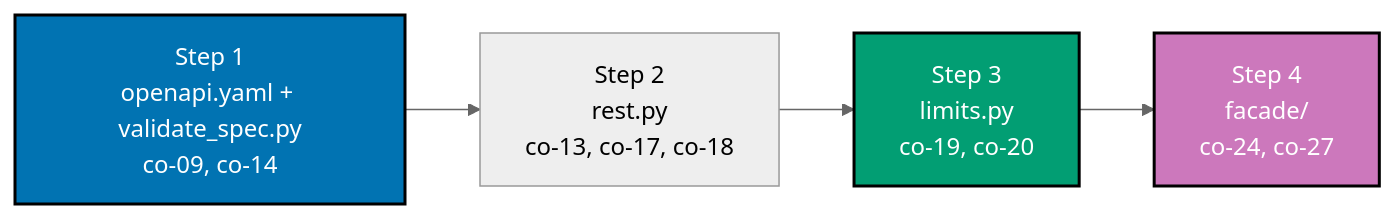
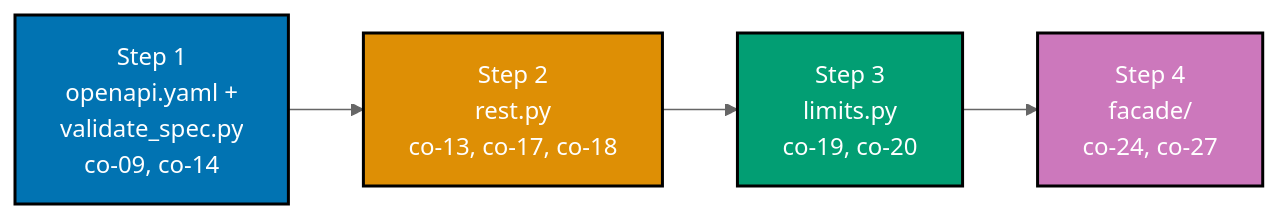
The diagram in apps/ayokoding-www/content/en/learn/courses/api-design/learning/capstone/overview.md (wahidyankf/open-sharia-fintech), drawn with Mermaid (neutral theme) before and after one commit. The commit also changed 6 other files, not shown here.

````diff
--- a/apps/ayokoding-www/content/en/learn/courses/api-design/learning/capstone/overview.md
+++ b/apps/ayokoding-www/content/en/learn/courses/api-design/learning/capstone/overview.md
@@ -26,11 +26,12 @@
 ```mermaid
 %% Color Palette: Blue #0173B2, Orange #DE8F05, Teal #029E73, Purple #CC78BC
 graph LR
-    A["Step 1<br/>openapi.yaml + validate_spec.py<br/>co-09, co-14"]:::blue --> B["Step 2<br/>rest.py<br/>co-13, co-17, co-18"]
+    A["Step 1<br/>openapi.yaml +<br/>validate_spec.py<br/>co-09, co-14"]:::blue --> B["Step 2<br/>rest.py<br/>co-13, co-17, co-18"]:::orange
     B --> C["Step 3<br/>limits.py<br/>co-19, co-20"]:::teal
     C --> D["Step 4<br/>facade/<br/>co-24, co-27"]:::purple
 
     classDef blue fill:#0173B2,stroke:#000000,color:#FFFFFF,stroke-width:2px
+    classDef orange fill:#DE8F05,stroke:#000000,color:#FFFFFF,stroke-width:2px
     classDef teal fill:#029E73,stroke:#000000,color:#FFFFFF,stroke-width:2px
     classDef purple fill:#CC78BC,stroke:#000000,color:#FFFFFF,stroke-width:2px
 ```
````
